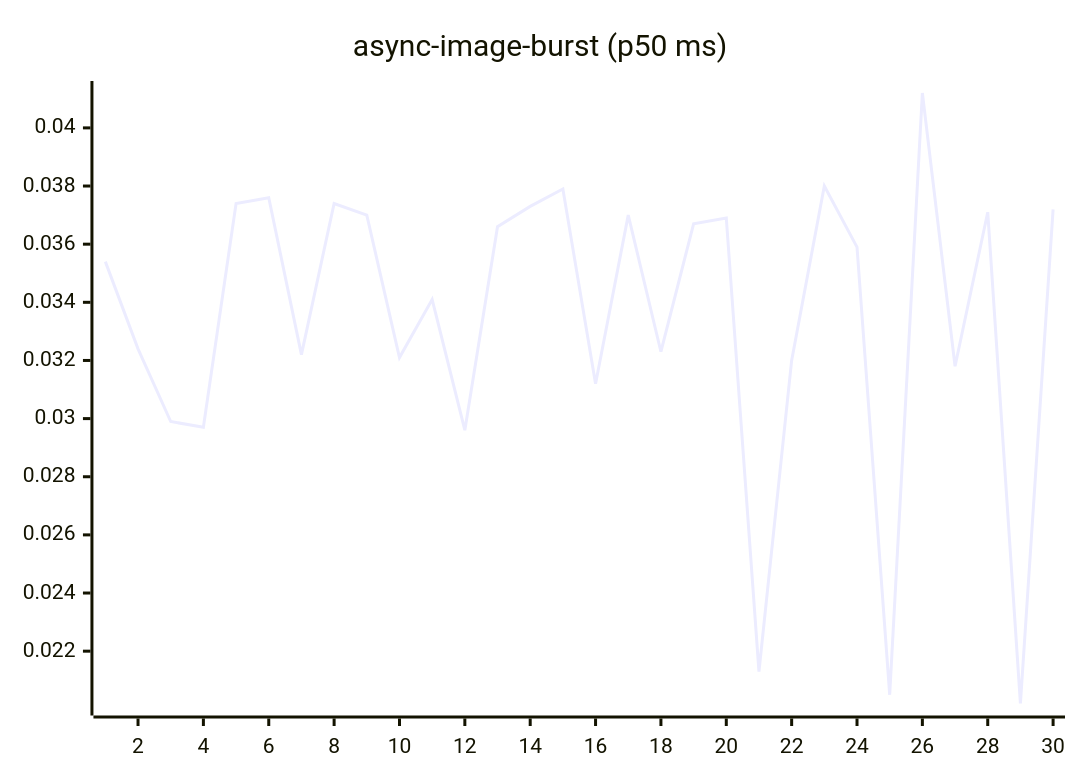
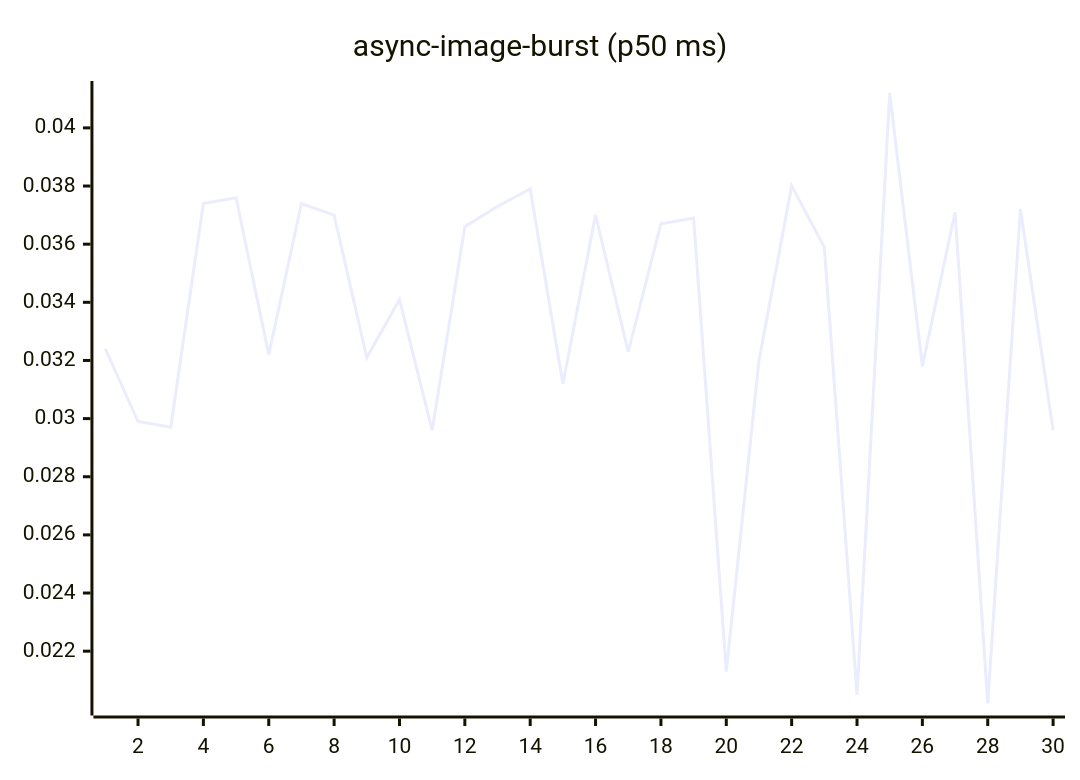
Before and after one commit to josha/Facet: the fourth of 27 diagrams in README.md, drawn with Mermaid. The commit also changed other lines of this file and 2 other files, not shown here.

````diff
--- a/README.md
+++ b/README.md
@@ -84,6 +84,6 @@
 ```mermaid
 xychart-beta
     title "async-image-burst (p50 ms)"
     x-axis 1 --> 30
-    line [0.0354, 0.0324, 0.0299, 0.0297, 0.0374, 0.0376, 0.0322, 0.0374, 0.0370, 0.0321, 0.0341, 0.0296, 0.0366, 0.0373, 0.0379, 0.0312, 0.0370, 0.0323, 0.0367, 0.0369, 0.0213, 0.0320, 0.0380, 0.0359, 0.0205, 0.0412, 0.0318, 0.0371, 0.0202, 0.0372]
+    line [0.0324, 0.0299, 0.0297, 0.0374, 0.0376, 0.0322, 0.0374, 0.0370, 0.0321, 0.0341, 0.0296, 0.0366, 0.0373, 0.0379, 0.0312, 0.0370, 0.0323, 0.0367, 0.0369, 0.0213, 0.0320, 0.0380, 0.0359, 0.0205, 0.0412, 0.0318, 0.0371, 0.0202, 0.0372, 0.0296]
 ```
````
